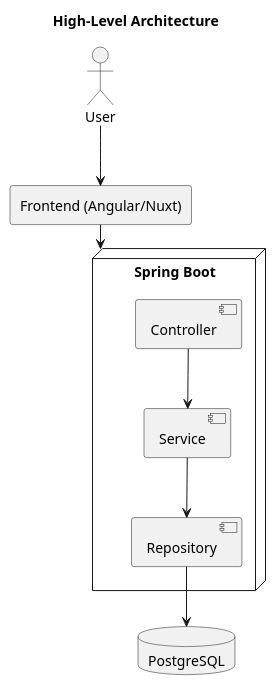
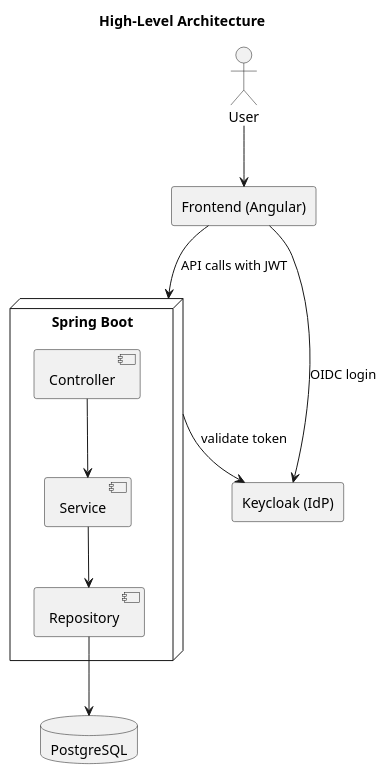
Before and after one commit to JNiicholas/banking-mvp: the first of 4 diagrams in docs/src/docs/asciidoc/index.adoc, drawn with PlantUML. The commit also changed other lines of this file and 15 other files, not shown here.

```diff
--- a/docs/src/docs/asciidoc/index.adoc
+++ b/docs/src/docs/asciidoc/index.adoc
@@ -32,18 +32,21 @@
 [plantuml, target=architecture, format=svg]
 ....
 @startuml
 title High-Level Architecture
 
 actor User
-rectangle "Frontend (Angular/Nuxt)" as FE
+rectangle "Frontend (Angular)" as FE
+rectangle "Keycloak (IdP)" as KC
 node "Spring Boot" as SB {
   [Controller] --> [Service]
   [Service] --> [Repository]
 }
 database "PostgreSQL" as DB
 
 User --> FE
-FE --> SB
+FE --> KC : OIDC login
+FE --> SB : API calls with JWT
+SB --> KC : validate token
 [Repository] --> DB
 @enduml
 ....
```
